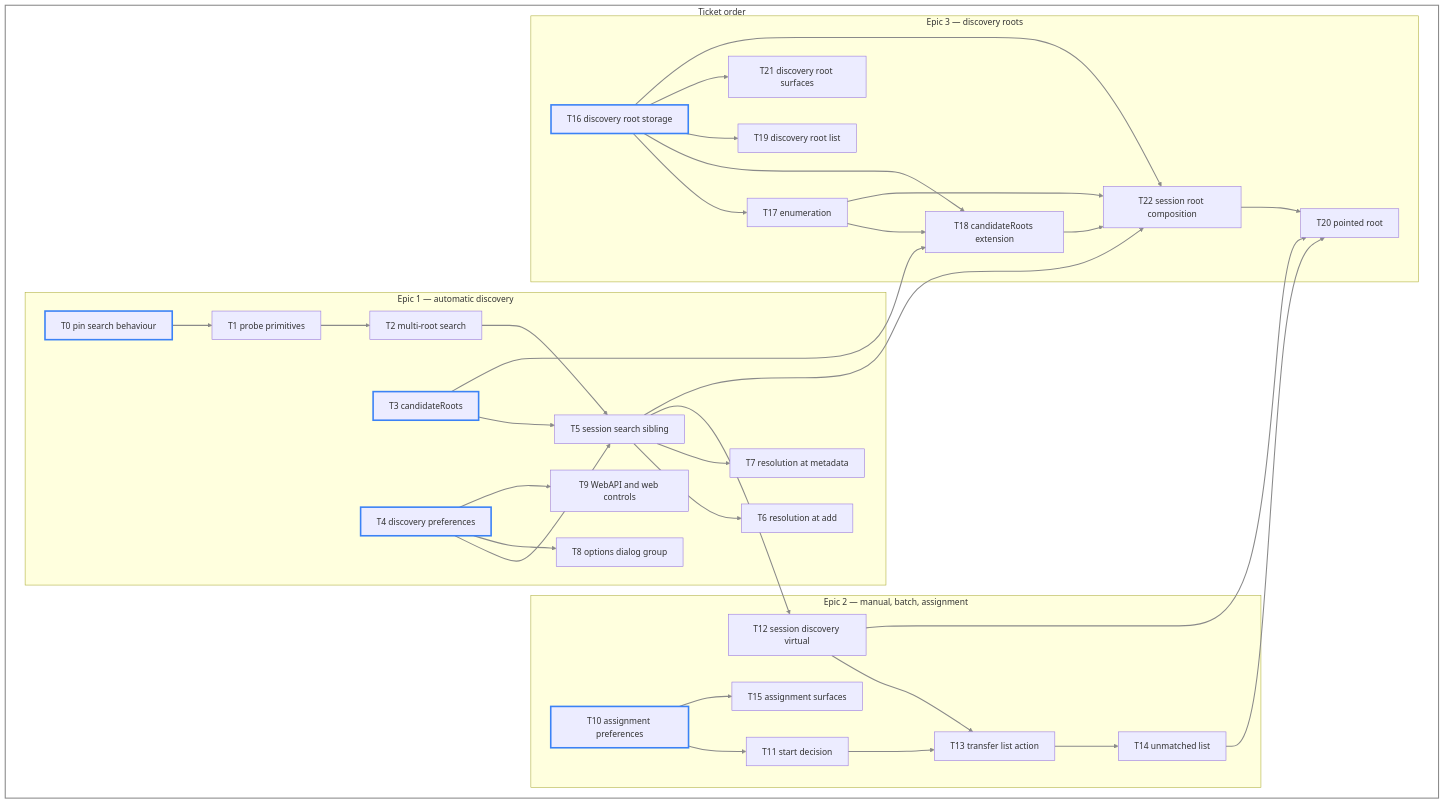
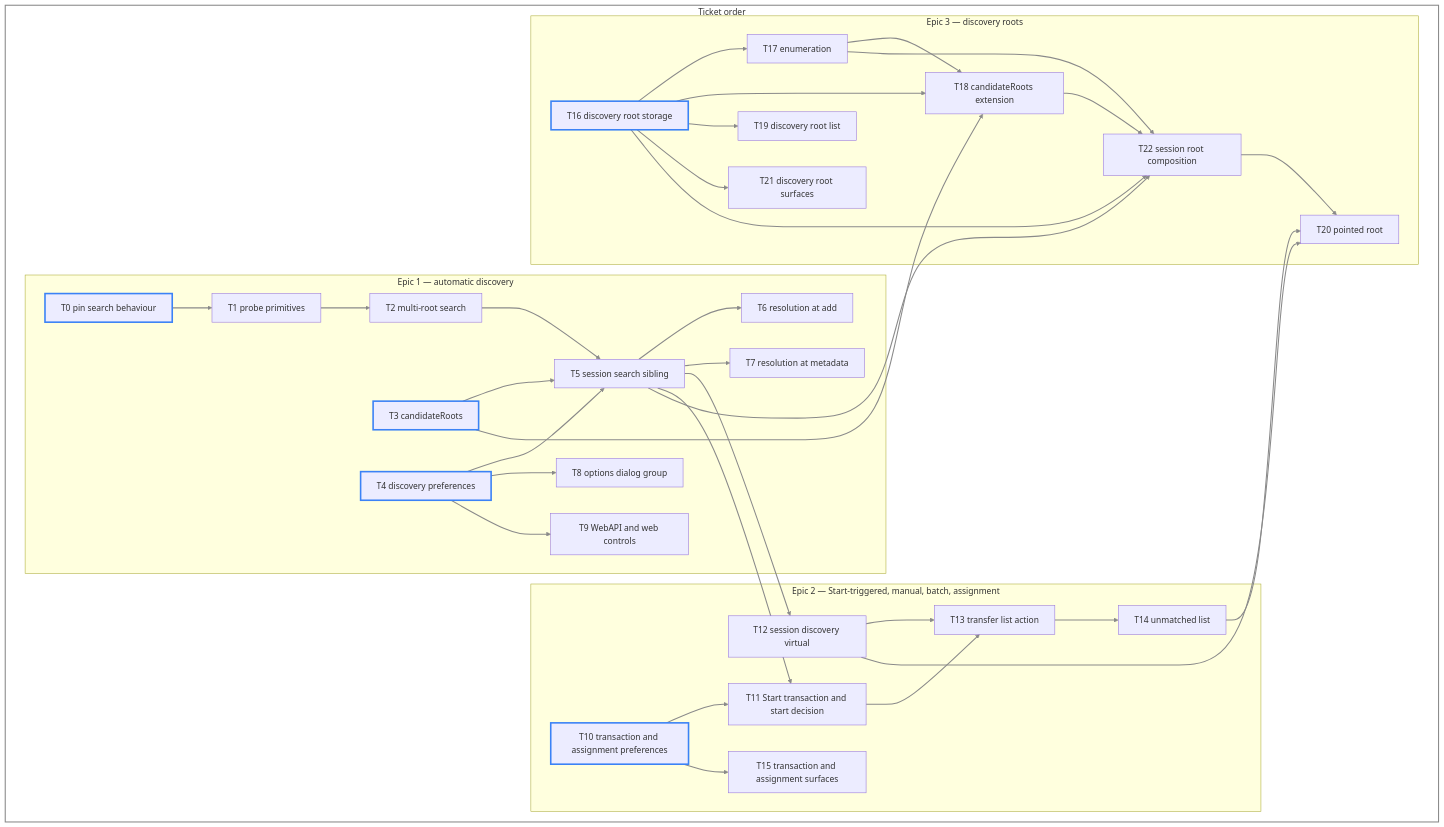
One commit to tsylvester/qBittorrent changed the diagram in doc/en/find-location_technical_requirements.md. Above: the diagram before and after it, drawn with Mermaid. The commit also changed other lines of this file and 8 other files, not shown here.

````diff
--- a/doc/en/find-location_technical_requirements.md
+++ b/doc/en/find-location_technical_requirements.md
@@ -132,68 +150,69 @@
 ```mermaid
 flowchart TD
     subgraph repo["Ticket order"]
         subgraph e1["Epic 1 — automatic discovery"]
             T0["T0 pin search behaviour"]
             T1["T1 probe primitives"]
             T2["T2 multi-root search"]
             T3["T3 candidateRoots"]
             T4["T4 discovery preferences"]
             T5["T5 session search sibling"]
             T6["T6 resolution at add"]
             T7["T7 resolution at metadata"]
             T8["T8 options dialog group"]
             T9["T9 WebAPI and web controls"]
         end
-        subgraph e2["Epic 2 — manual, batch, assignment"]
-            T10["T10 assignment preferences"]
-            T11["T11 start decision"]
+        subgraph e2["Epic 2 — Start-triggered, manual, batch, assignment"]
+            T10["T10 transaction and assignment preferences"]
+            T11["T11 Start transaction and start decision"]
             T12["T12 session discovery virtual"]
             T13["T13 transfer list action"]
             T14["T14 unmatched list"]
-            T15["T15 assignment surfaces"]
+            T15["T15 transaction and assignment surfaces"]
         end
         subgraph e3["Epic 3 — discovery roots"]
             T16["T16 discovery root storage"]
             T17["T17 enumeration"]
             T18["T18 candidateRoots extension"]
             T19["T19 discovery root list"]
             T20["T20 pointed root"]
             T21["T21 discovery root surfaces"]
             T22["T22 session root composition"]
         end
     end
 
     T0 --> T1
     T1 --> T2
     T2 --> T5
     T3 --> T5
     T4 --> T5
     T4 --> T8
     T4 --> T9
     T5 --> T6
     T5 --> T7
     T5 --> T12
     T10 --> T11
     T10 --> T15
+    T5 --> T11
     T11 --> T13
     T12 --> T13
     T13 --> T14
     T3 --> T18
     T16 --> T17
     T16 --> T18
     T16 --> T19
     T16 --> T21
     T17 --> T18
     T5 --> T22
     T16 --> T22
     T17 --> T22
     T18 --> T22
     T12 --> T20
     T14 --> T20
     T22 --> T20
 
     linkStyle default stroke:#8a8a8a,stroke-width:2px
     style repo fill:none,stroke:#8a8a8a,stroke-width:2px
     classDef entry stroke:#3b82f6,stroke-width:3px
     class T0,T3,T4,T10,T16 entry
 ```
````
